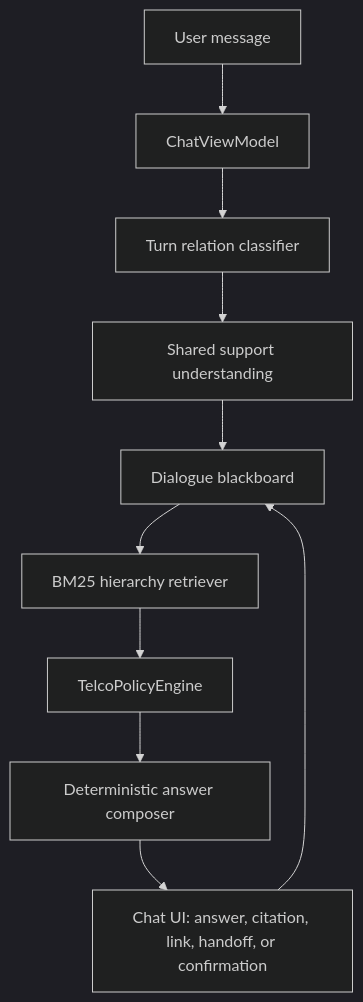
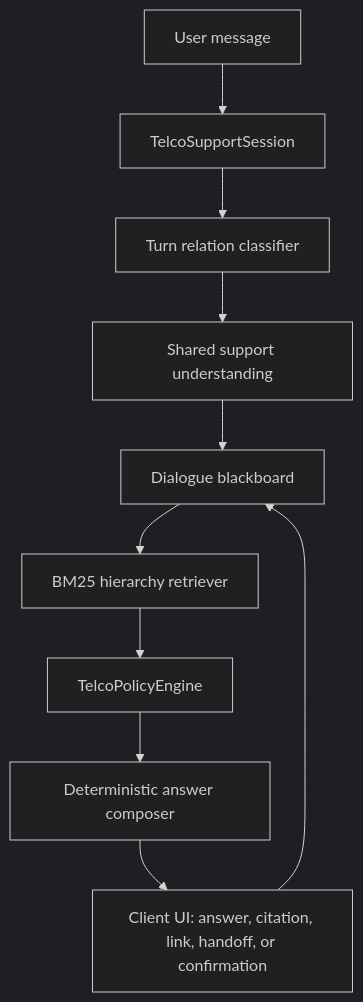
The first of 3 diagrams in examples/telco-triage-ios/ARCHITECTURE.md (isamusuga/cookbook), drawn with Mermaid (dark theme) before and after one commit. The commit also changed other lines of this file and 44 other files, not shown here.

````diff
--- a/examples/telco-triage-ios/ARCHITECTURE.md
+++ b/examples/telco-triage-ios/ARCHITECTURE.md
@@ -41,12 +41,12 @@
 ```mermaid
 flowchart TD
-    A["User message"] --> B["ChatViewModel"]
+    A["User message"] --> B["TelcoSupportSession"]
     B --> C["Turn relation classifier"]
     C --> D["Shared support understanding"]
     D --> E["Dialogue blackboard"]
     E --> F["BM25 hierarchy retriever"]
     F --> G["TelcoPolicyEngine"]
     G --> H["Deterministic answer composer"]
-    H --> I["Chat UI: answer, citation, link, handoff, or confirmation"]
+    H --> I["Client UI: answer, citation, link, handoff, or confirmation"]
     I --> E
 ```
````
